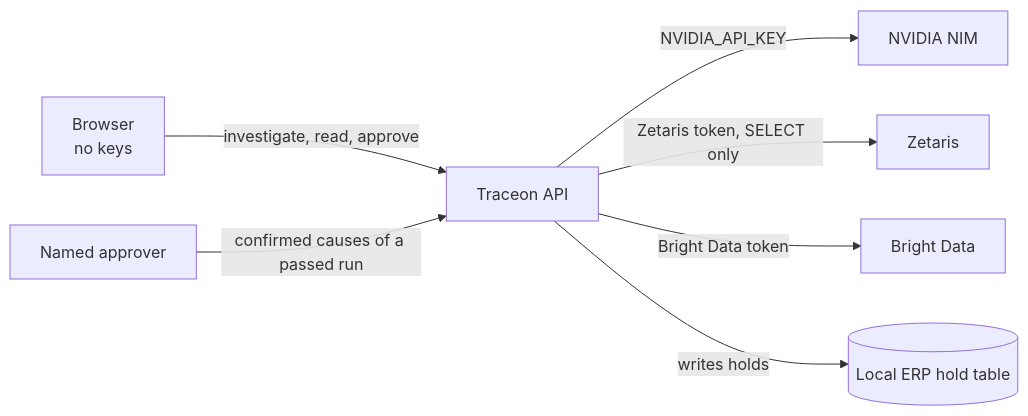
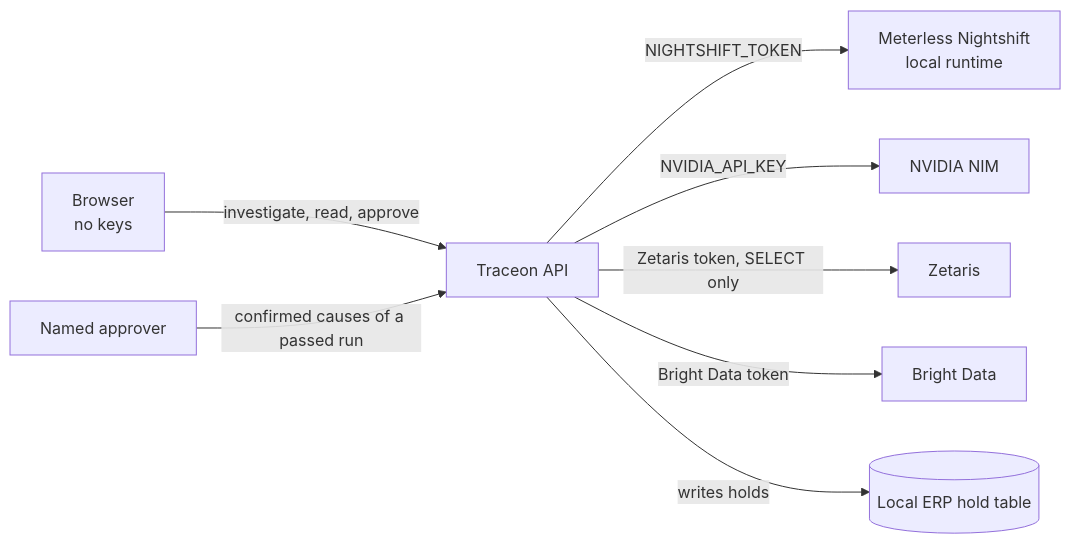
Before and after one commit to NetLayerLabs/Traceon: the second of 7 diagrams in README.md, drawn with Mermaid. The commit also changed other lines of this file and 18 other files, not shown here.

````diff
--- a/README.md
+++ b/README.md
@@ -138,9 +139,10 @@
 ```mermaid
 flowchart LR
   B["Browser<br/>no keys"] -- "investigate, read, approve" --> API["Traceon API"]
+  API -- "NIGHTSHIFT_TOKEN" --> NS["Meterless Nightshift<br/>local runtime"]
   API -- "NVIDIA_API_KEY" --> NIM["NVIDIA NIM"]
   API -- "Zetaris token, SELECT only" --> ZET["Zetaris"]
   API -- "Bright Data token" --> BD["Bright Data"]
   APPR["Named approver"] -- "confirmed causes of a passed run" --> API
   API -- "writes holds" --> MIR[("Local ERP hold table")]
 ```
````
